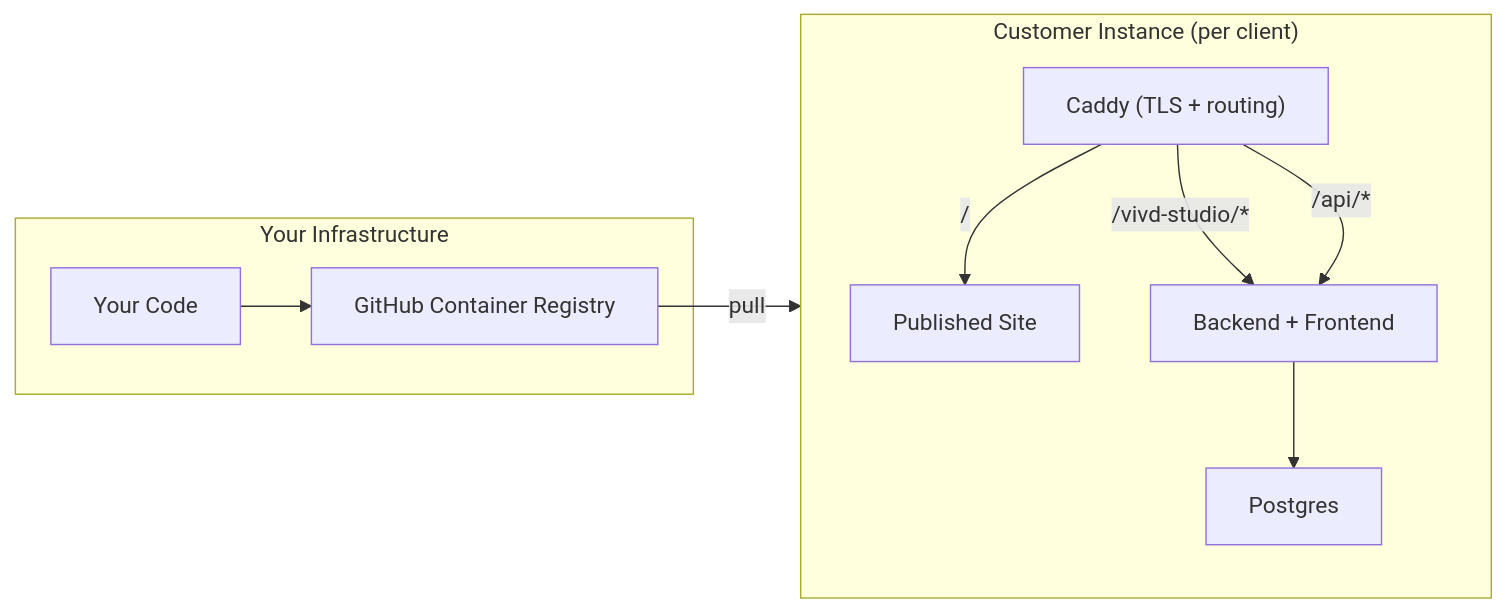
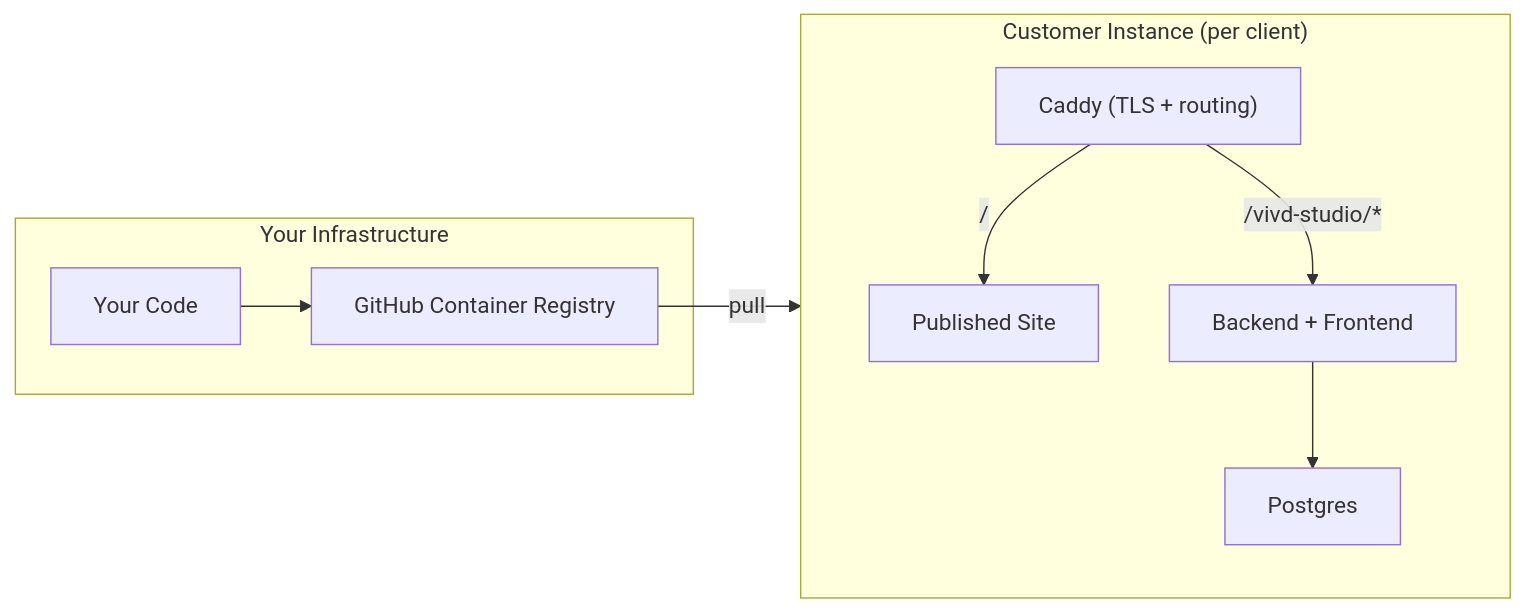
Before and after one commit to vivd-studio/vivd: the first of 2 diagrams in implementation.md, drawn with Mermaid. The commit also changed other lines of this file and 11 other files, not shown here.

````diff
--- a/implementation.md
+++ b/implementation.md
@@ -9,19 +9,18 @@
 ```mermaid
 flowchart LR
     subgraph Customer["Customer Instance (per client)"]
         Caddy["Caddy (TLS + routing)"]
         App["Backend + Frontend"]
         DB["Postgres"]
 
         Caddy -->|"/"| Sites["Published Site"]
         Caddy -->|"/vivd-studio/*"| App
-        Caddy -->|"/api/*"| App
         App --> DB
     end
 
     subgraph You["Your Infrastructure"]
         Dev["Your Code"] --> GHCR["GitHub Container Registry"]
     end
 
     GHCR -->|"pull"| Customer
 ```
````
